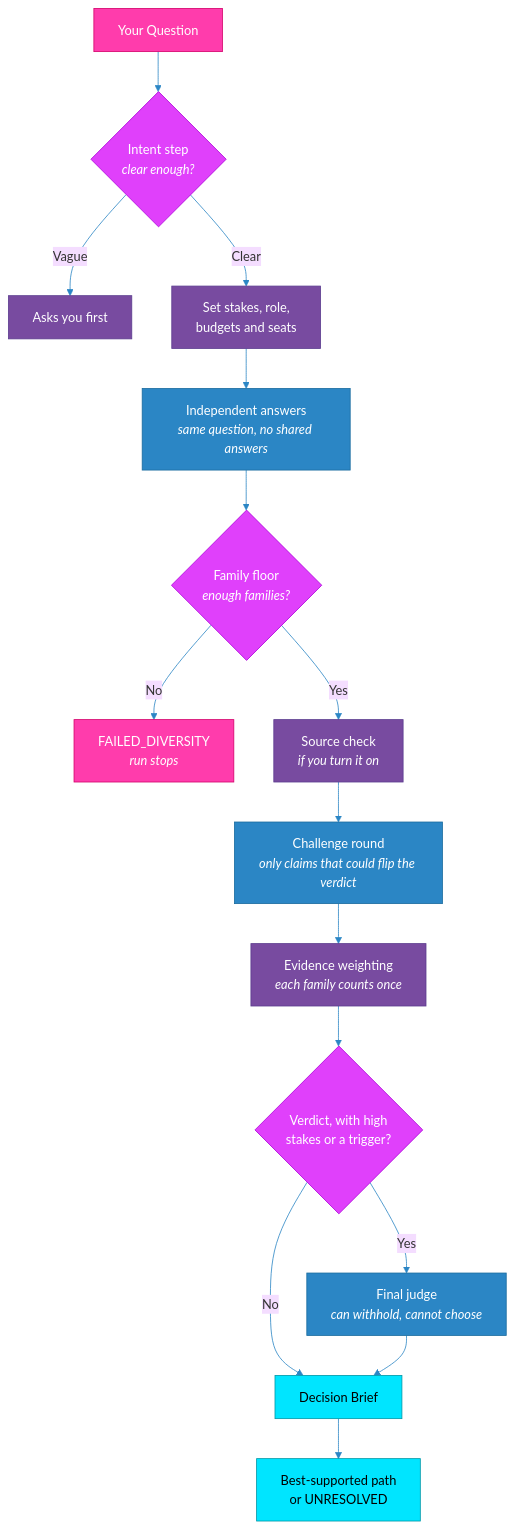
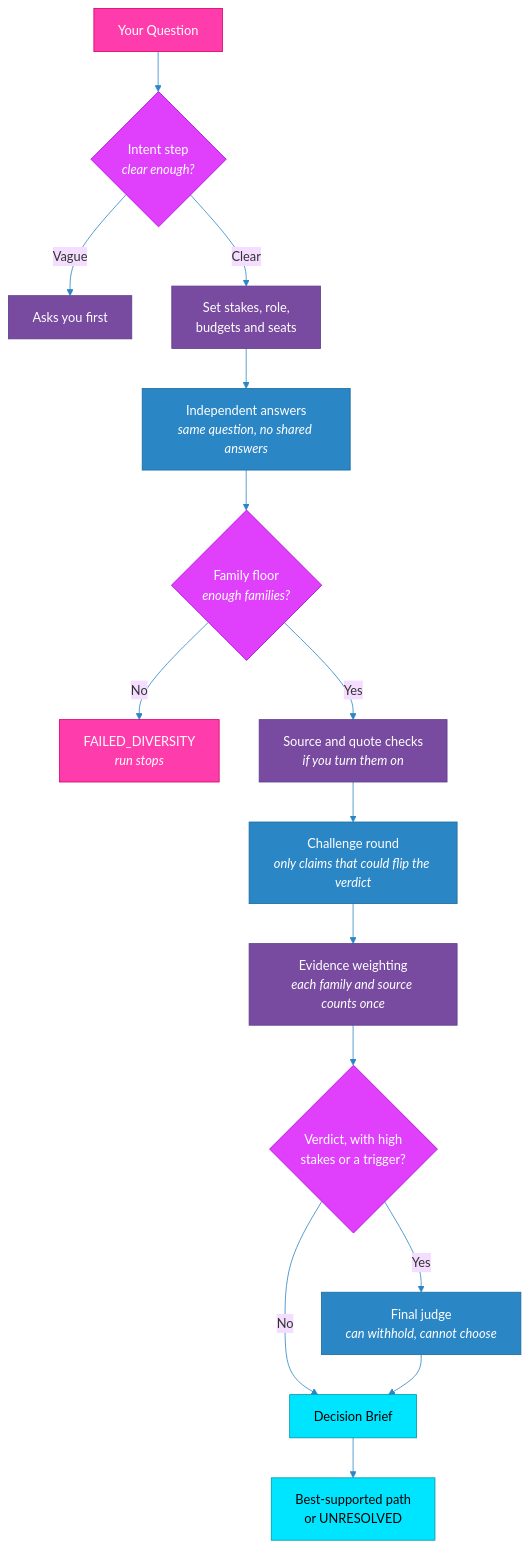
One commit to qinnovates/quorum changed the first of 13 diagrams in README.md. Above: the diagram before and after it, drawn with Mermaid. The commit also changed other lines of this file and 66 other files, not shown here.

````diff
--- a/README.md
+++ b/README.md
@@ -84,33 +110,33 @@
 ```mermaid
 %%{init: {'theme': 'base', 'themeVariables': {'lineColor': '#2B86C5', 'background': '#0d1117'}}}%%
 graph TD
     Q["Your Question"] --> IN{"Intent step<br/><i>clear enough?</i>"}
     IN -->|"Vague"| ASK["Asks you first"]
     IN -->|"Clear"| PLAN["Set stakes, role,<br/>budgets and seats"]
     PLAN --> P1["Independent answers<br/><i>same question, no shared answers</i>"]
     P1 --> GATE{"Family floor<br/><i>enough families?</i>"}
     GATE -->|"No"| FAIL["FAILED_DIVERSITY<br/><i>run stops</i>"]
-    GATE -->|"Yes"| SRC["Source check<br/><i>if you turn it on</i>"]
+    GATE -->|"Yes"| SRC["Source and quote checks<br/><i>if you turn them on</i>"]
     SRC --> CH["Challenge round<br/><i>only claims that could flip the verdict</i>"]
-    CH --> W["Evidence weighting<br/><i>each family counts once</i>"]
+    CH --> W["Evidence weighting<br/><i>each family and source counts once</i>"]
     W --> TRIG{"Verdict, with high<br/>stakes or a trigger?"}
     TRIG -->|"Yes"| J["Final judge<br/><i>can withhold, cannot choose</i>"]
     TRIG -->|"No"| B["Decision Brief"]
     J --> B
     B --> OUT["Best-supported path<br/>or UNRESOLVED"]
 
     style Q fill:#FF3CAC,stroke:#D4006A,color:#fff
     style IN fill:#E040FB,stroke:#AB00D9,color:#fff
     style ASK fill:#784BA0,stroke:#5C3D8F,color:#fff
     style PLAN fill:#784BA0,stroke:#5C3D8F,color:#fff
     style P1 fill:#2B86C5,stroke:#1A6B9E,color:#fff
     style GATE fill:#E040FB,stroke:#AB00D9,color:#fff
     style FAIL fill:#FF3CAC,stroke:#D4006A,color:#fff
     style SRC fill:#784BA0,stroke:#5C3D8F,color:#fff
     style CH fill:#2B86C5,stroke:#1A6B9E,color:#fff
     style W fill:#784BA0,stroke:#5C3D8F,color:#fff
     style TRIG fill:#E040FB,stroke:#AB00D9,color:#fff
     style J fill:#2B86C5,stroke:#1A6B9E,color:#fff
     style B fill:#00E5FF,stroke:#0097A7,color:#000
     style OUT fill:#00E5FF,stroke:#0097A7,color:#000
 ```
````
